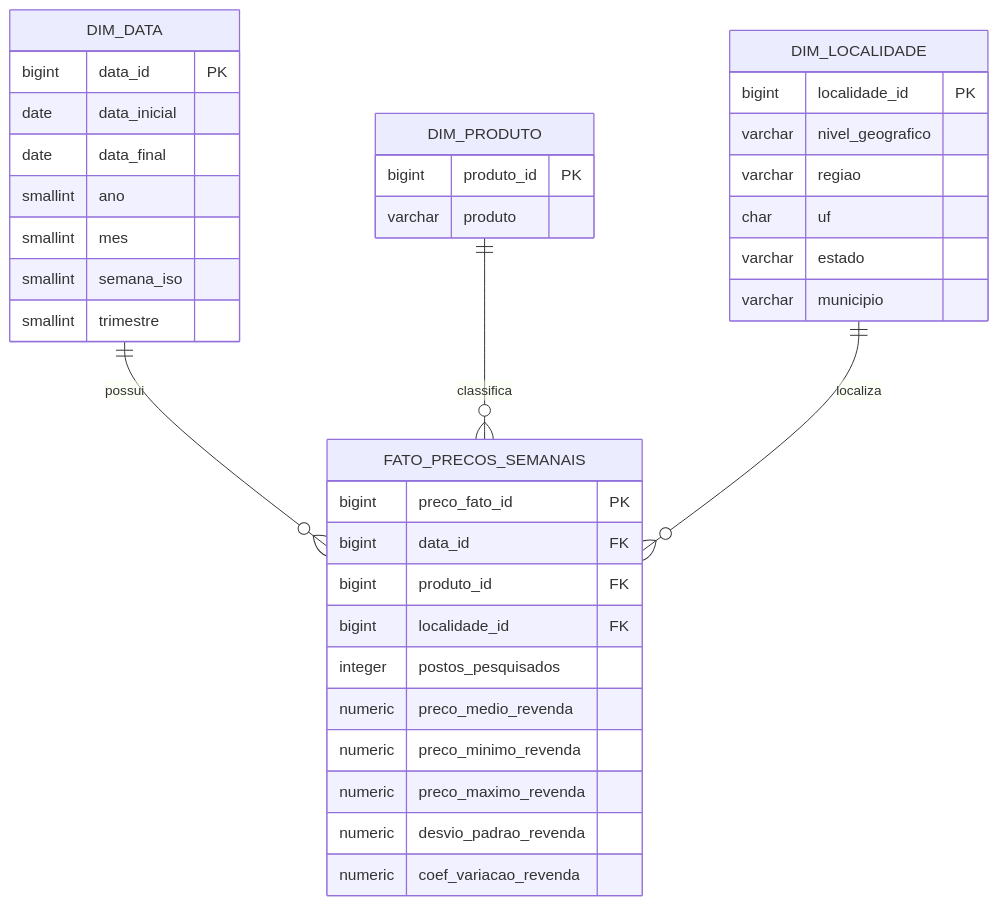
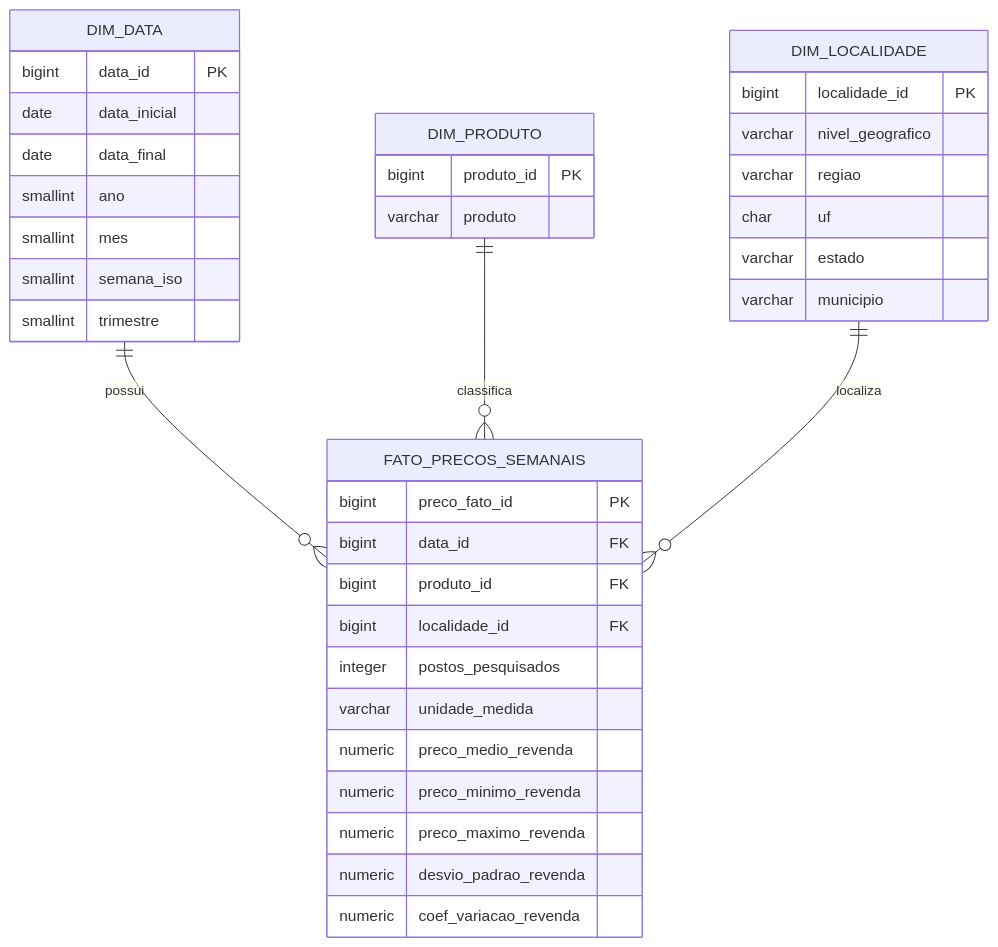
The diagram in docs/modelo-dados.md (peedrovinicius/observatorio-combustiveis-brasil), drawn with Mermaid before and after one commit.

Commit message:
docs: show unit in aggregate fact

````diff
--- a/docs/modelo-dados.md
+++ b/docs/modelo-dados.md
@@ -5,43 +5,44 @@
 ```mermaid
 erDiagram
     DIM_DATA ||--o{ FATO_PRECOS_SEMANAIS : possui
     DIM_PRODUTO ||--o{ FATO_PRECOS_SEMANAIS : classifica
     DIM_LOCALIDADE ||--o{ FATO_PRECOS_SEMANAIS : localiza
 
     DIM_DATA {
         bigint data_id PK
         date data_inicial
         date data_final
         smallint ano
         smallint mes
         smallint semana_iso
         smallint trimestre
     }
 
     DIM_PRODUTO {
         bigint produto_id PK
         varchar produto
     }
 
     DIM_LOCALIDADE {
         bigint localidade_id PK
         varchar nivel_geografico
         varchar regiao
         char uf
         varchar estado
         varchar municipio
     }
 
     FATO_PRECOS_SEMANAIS {
         bigint preco_fato_id PK
         bigint data_id FK
         bigint produto_id FK
         bigint localidade_id FK
         integer postos_pesquisados
+        varchar unidade_medida
         numeric preco_medio_revenda
         numeric preco_minimo_revenda
         numeric preco_maximo_revenda
         numeric desvio_padrao_revenda
         numeric coef_variacao_revenda
     }
 ```
````
